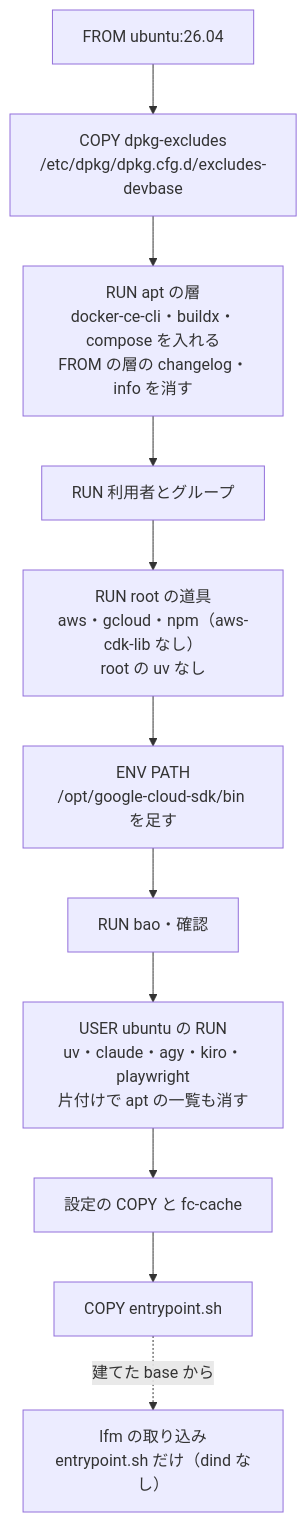
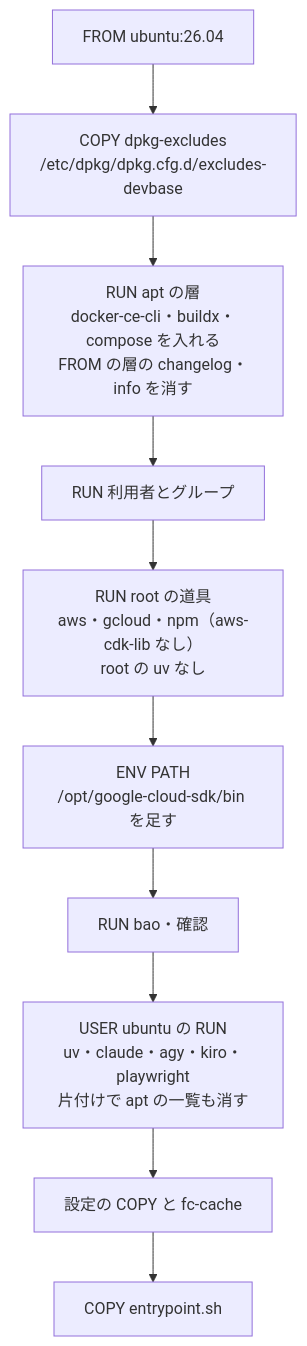
The second of 4 diagrams in issues/issue-400-design.md (devbasex/devbase), drawn with Mermaid before and after one commit. The commit also changed other lines of this file and 1 other file, not shown here.

````diff
--- a/issues/issue-400-design.md
+++ b/issues/issue-400-design.md
@@ -221,13 +156,12 @@
 ```mermaid
 graph TD
     F[FROM ubuntu:26.04] --> C1["COPY dpkg-excludes<br/>/etc/dpkg/dpkg.cfg.d/excludes-devbase"]
     C1 --> R1["RUN apt の層<br/>docker-ce-cli・buildx・compose を入れる<br/>FROM の層の changelog・info を消す"]
     R1 --> R2[RUN 利用者とグループ]
     R2 --> R3["RUN root の道具<br/>aws・gcloud・npm（aws-cdk-lib なし）<br/>root の uv なし"]
     R3 --> P["ENV PATH<br/>/opt/google-cloud-sdk/bin を足す"]
     P --> R4[RUN bao・確認]
     R4 --> R5["USER ubuntu の RUN<br/>uv・claude・agy・kiro・playwright<br/>片付けで apt の一覧も消す"]
     R5 --> R6[設定の COPY と fc-cache]
     R6 --> C2[COPY entrypoint.sh]
-    C2 -.建てた base から.-> LF["lfm の取り込み<br/>entrypoint.sh だけ（dind なし）"]
 ```
````
